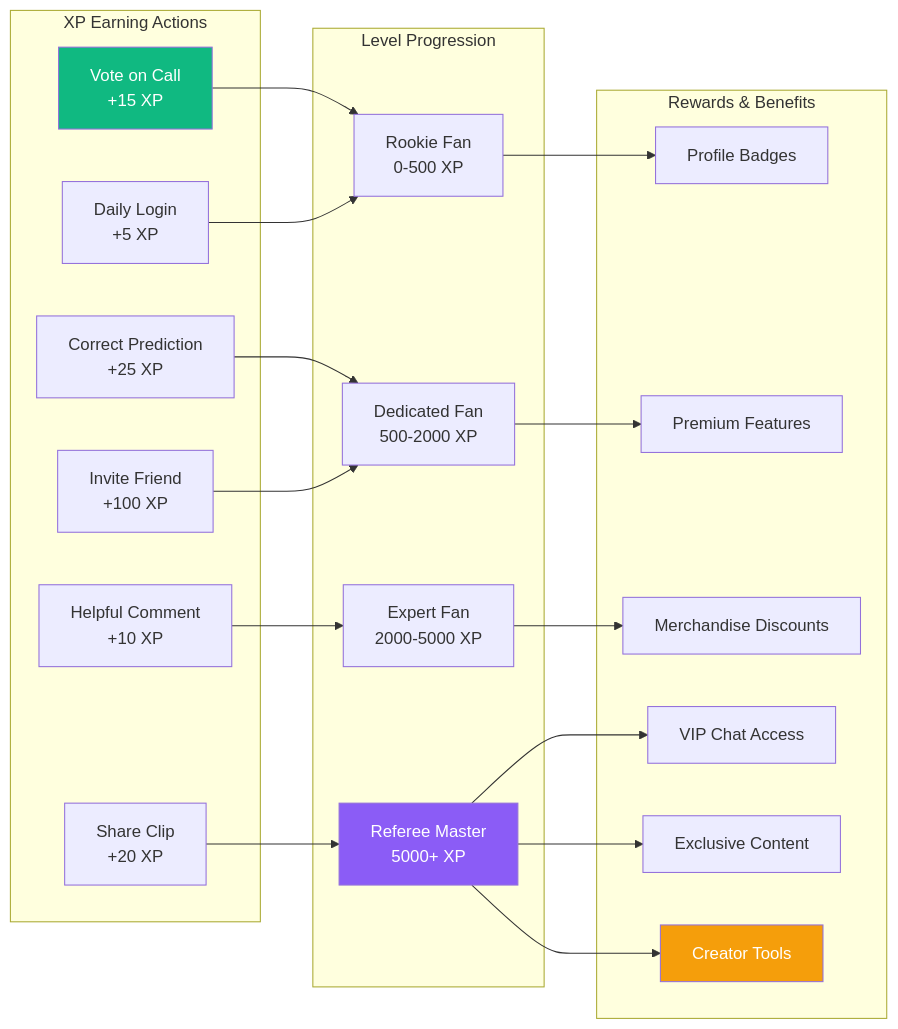
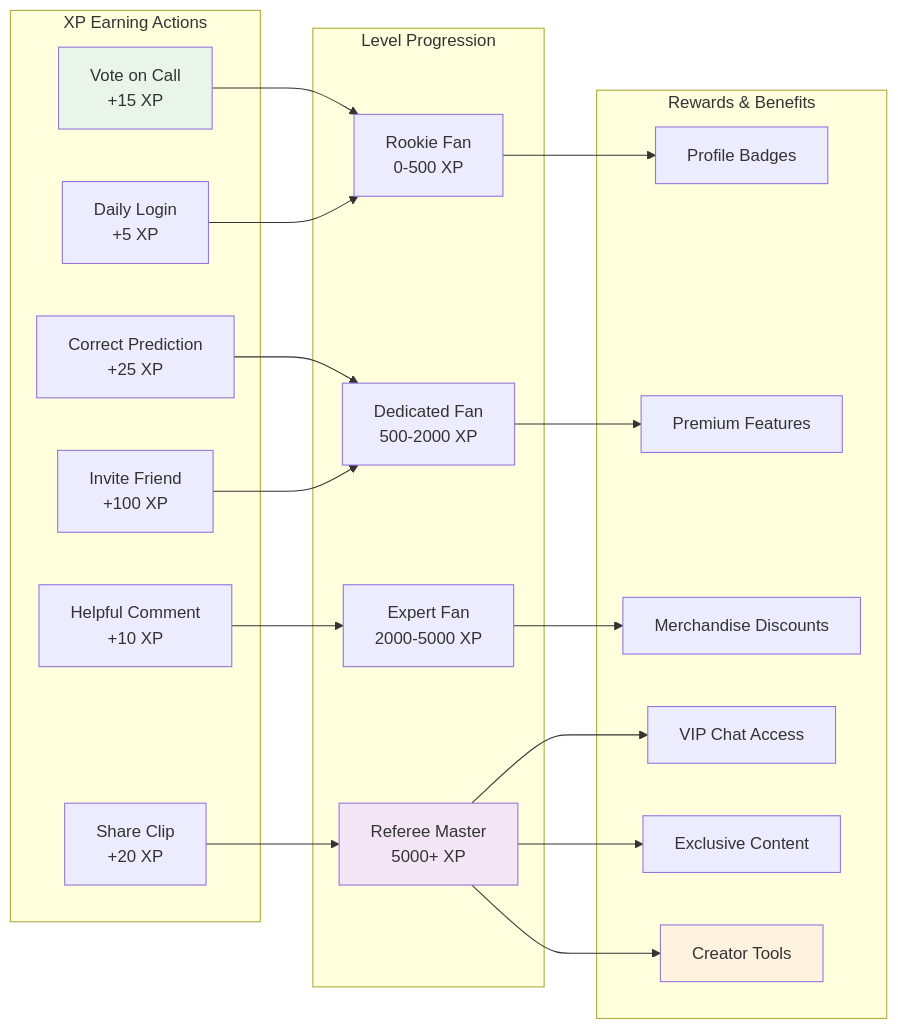
The fifth of 9 diagrams in docs/investor-flows.md (SkaFld-Ignite/ref-u-wireframes), drawn with Mermaid before and after one commit. The commit also changed other lines of this file and 2 other files, not shown here.

Commit message:
Fix Mermaid diagram colors, perfect wireframe boxes, and rename investor sections to business overview

````diff
--- a/docs/investor-flows.md
+++ b/docs/investor-flows.md
@@ -192,45 +192,45 @@
 ```mermaid
 graph LR
     subgraph "XP Earning Actions"
         A1[Vote on Call<br/>+15 XP]
         A2[Correct Prediction<br/>+25 XP]
         A3[Helpful Comment<br/>+10 XP]
         A4[Share Clip<br/>+20 XP]
         A5[Daily Login<br/>+5 XP]
         A6[Invite Friend<br/>+100 XP]
     end
     
     subgraph "Level Progression"
         B1[Rookie Fan<br/>0-500 XP]
         B2[Dedicated Fan<br/>500-2000 XP]
         B3[Expert Fan<br/>2000-5000 XP]
         B4[Referee Master<br/>5000+ XP]
     end
     
     subgraph "Rewards & Benefits"
         C1[Profile Badges]
         C2[Premium Features]
         C3[Merchandise Discounts]
         C4[VIP Chat Access]
         C5[Exclusive Content]
         C6[Creator Tools]
     end
     
     A1 --> B1
     A2 --> B2
     A3 --> B3
     A4 --> B4
     A5 --> B1
     A6 --> B2
     
     B1 --> C1
     B2 --> C2
     B3 --> C3
     B4 --> C4
     B4 --> C5
     B4 --> C6
     
-    style A1 fill:#10b981,color:white
-    style B4 fill:#8b5cf6,color:white
-    style C6 fill:#f59e0b,color:white
+    style A1 fill:#e8f5e8
+    style B4 fill:#f3e5f5
+    style C6 fill:#fff3e0
 ```
````
